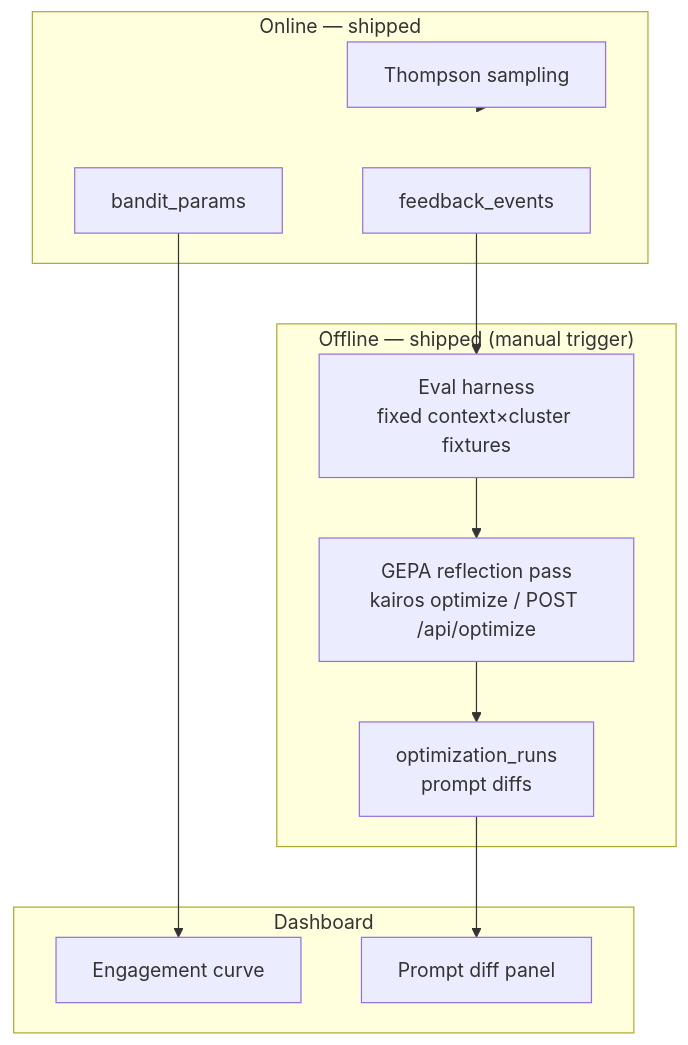
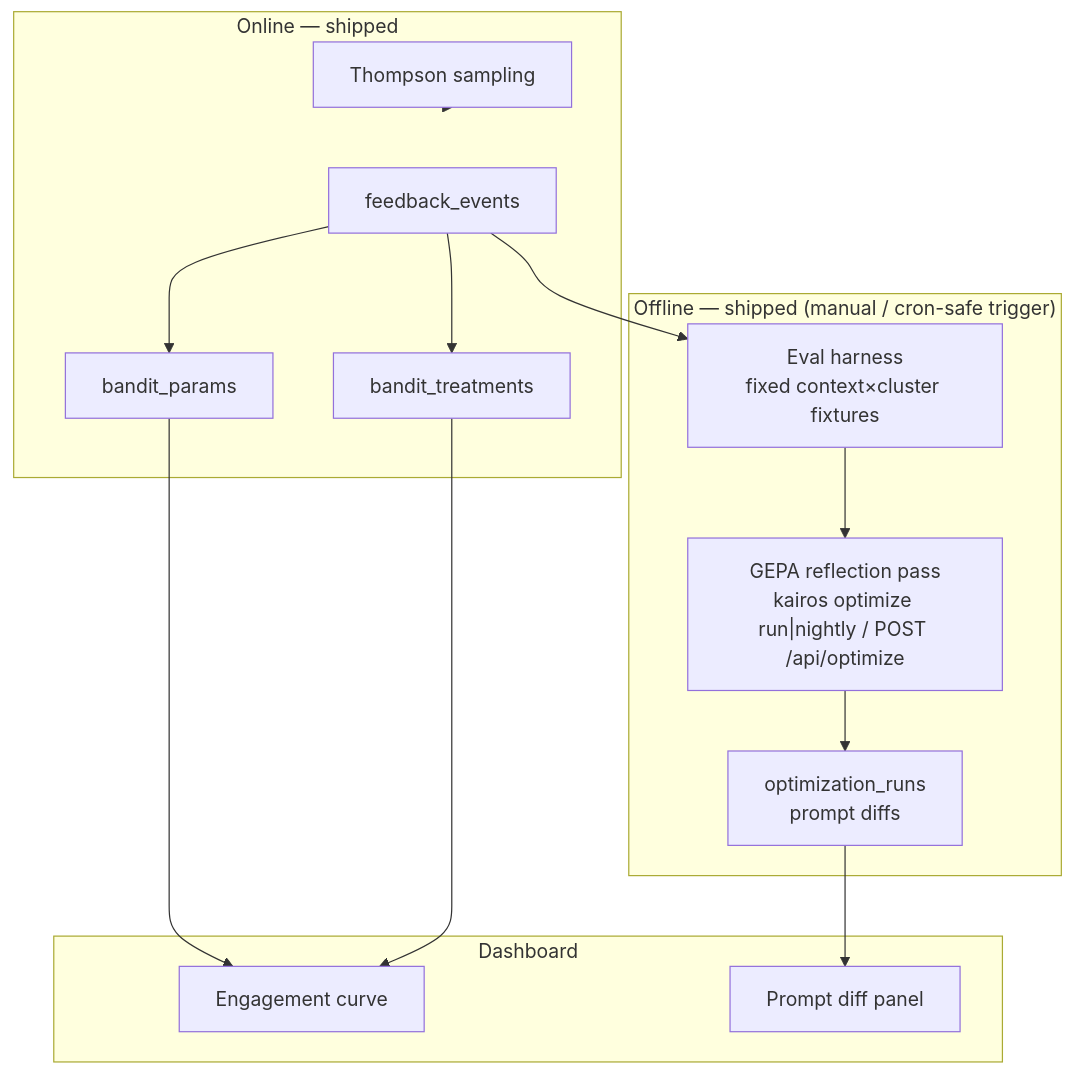
Diagram 18 of 19 in docs/ARCHITECTURE.md (Sushmey/Kairos), drawn with Mermaid before and after one commit. The commit also changed other lines of this file and 6 other files, not shown here.

````diff
--- a/docs/ARCHITECTURE.md
+++ b/docs/ARCHITECTURE.md
@@ -746,25 +763,29 @@
 ```mermaid
 flowchart TB
     subgraph Online["Online — shipped"]
         FB["feedback_events"]
         BP["bandit_params"]
+        BT["bandit_treatments"]
         TS["Thompson sampling"]
     end
 
-    subgraph Offline["Offline — shipped (manual trigger)"]
+    subgraph Offline["Offline — shipped (manual / cron-safe trigger)"]
         Eval["Eval harness<br/>fixed context×cluster fixtures"]
-        GEPA["GEPA reflection pass<br/>kairos optimize / POST /api/optimize"]
+        GEPA["GEPA reflection pass<br/>kairos optimize run|nightly / POST /api/optimize"]
         OR["optimization_runs<br/>prompt diffs"]
     end
 
     subgraph Dashboard
         Chart["Engagement curve"]
         Diff["Prompt diff panel"]
     end
 
     FB --> Eval
+    FB --> BP
+    FB --> BT
     Eval --> GEPA --> OR
     OR --> Diff
     BP --> Chart
+    BT --> Chart
     TS --> Online
 ```
````
